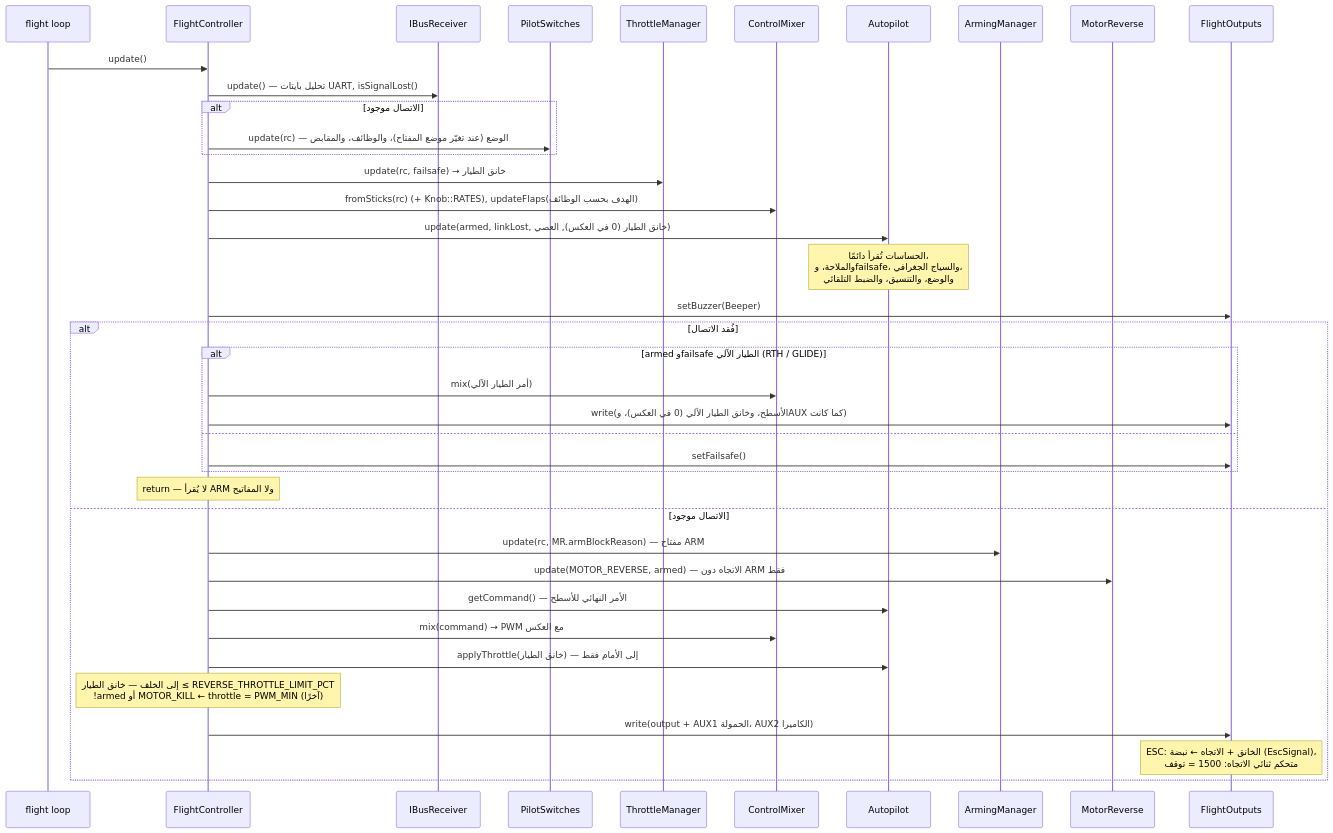
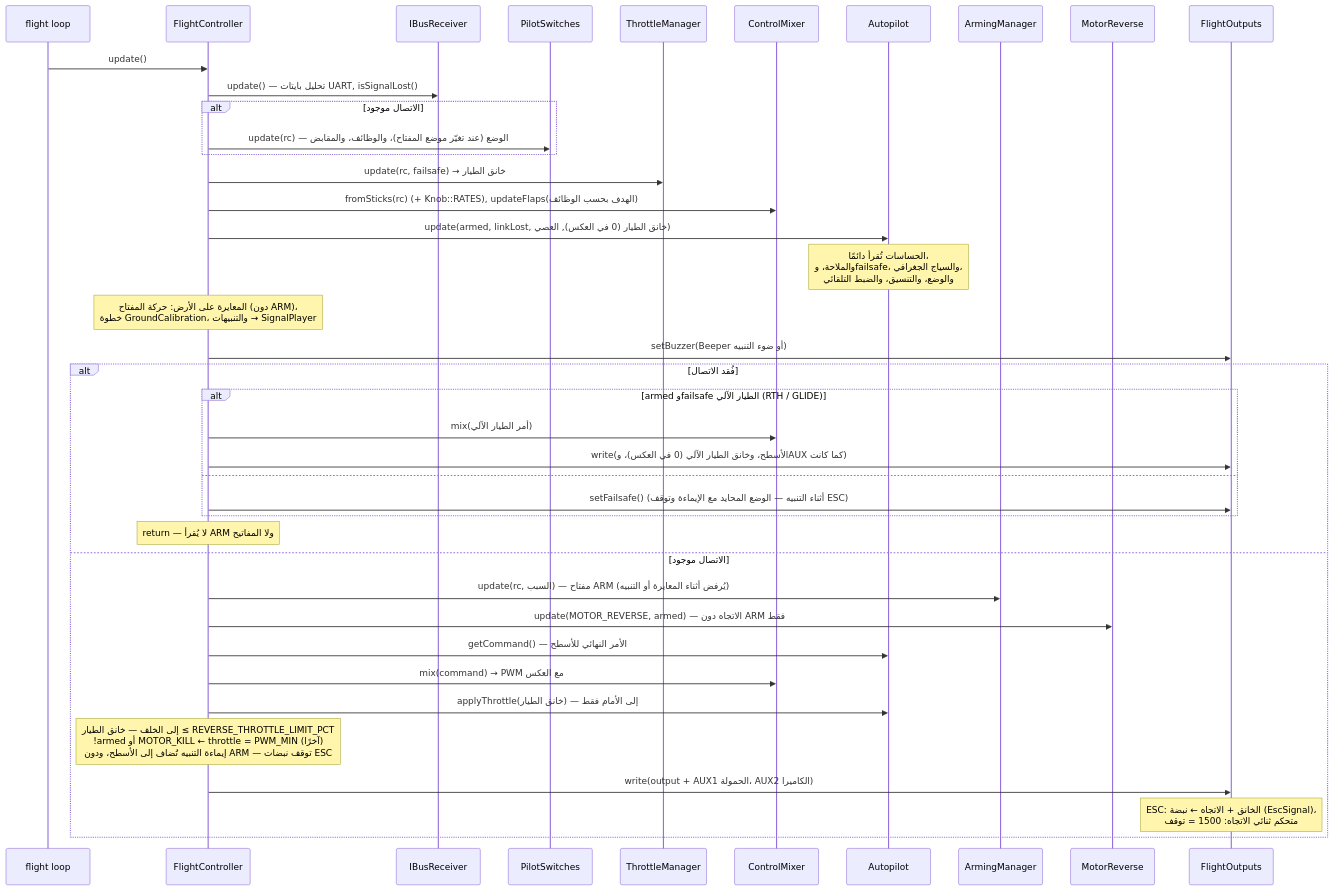
One commit to damir-lebedev/OpenPlaneProject changed the sixth of 12 diagrams in docs/i18n/ar/ARCHITECTURE.md. Above: the diagram before and after it, drawn with Mermaid. The commit also changed other lines of this file and 215 other files, not shown here.

````diff
--- a/docs/i18n/ar/ARCHITECTURE.md
+++ b/docs/i18n/ar/ARCHITECTURE.md
@@ -383,42 +383,43 @@
 ```mermaid
 sequenceDiagram
     participant L as flight loop
     participant FC as FlightController
     participant RX as IBusReceiver
     participant SW as PilotSwitches
     participant TM as ThrottleManager
     participant MX as ControlMixer
     participant AP as Autopilot
     participant AM as ArmingManager
     participant MR as MotorReverse
     participant OUT as FlightOutputs
 
     L->>FC: update()
     FC->>RX: update() — تحليل بايتات UART, isSignalLost()
     alt الاتصال موجود
         FC->>SW: update(rc) — الوضع (عند تغيّر موضع المفتاح)، والوظائف، والمقابض
     end
     FC->>TM: update(rc, failsafe) → خانق الطيار
     FC->>MX: fromSticks(rc) (+ Knob::RATES), updateFlaps(الهدف بحسب الوظائف)
     FC->>AP: update(armed, linkLost, خانق الطيار (0 في العكس), العصي)
     Note over AP: الحساسات تُقرأ دائمًا،<br/>والملاحة، وfailsafe، والسياج الجغرافي،<br/>والوضع، والتنسيق، والضبط التلقائي
-    FC->>OUT: setBuzzer(Beeper)
+    Note over FC: المعايرة على الأرض: حركة المفتاح (دون ARM)،<br/>خطوة GroundCalibration، والتنبيهات → SignalPlayer
+    FC->>OUT: setBuzzer(Beeper أو ضوء التنبيه)
     alt فُقد الاتصال
         alt armed وfailsafe الطيار الآلي (RTH / GLIDE)
             FC->>MX: mix(أمر الطيار الآلي)
             FC->>OUT: write(الأسطح، وخانق الطيار الآلي (0 في العكس)، وAUX كما كانت)
         else
-            FC->>OUT: setFailsafe()
+            FC->>OUT: setFailsafe() (أثناء التنبيه — الوضع المحايد مع الإيماءة وتوقف ESC)
         end
         Note over FC: return — لا يُقرأ ARM ولا المفاتيح
     else الاتصال موجود
-        FC->>AM: update(rc, MR.armBlockReason) — مفتاح ARM
+        FC->>AM: update(rc, السبب) — مفتاح ARM (يُرفض أثناء المعايرة أو التنبيه)
         FC->>MR: update(MOTOR_REVERSE, armed) — الاتجاه دون ARM فقط
         FC->>AP: getCommand() — الأمر النهائي للأسطح
         FC->>MX: mix(command) → PWM مع العكس
         FC->>AP: applyThrottle(خانق الطيار) — إلى الأمام فقط
-        Note over FC: إلى الخلف — خانق الطيار ≤ REVERSE_THROTTLE_LIMIT_PCT<br/>!armed أو MOTOR_KILL ← throttle = PWM_MIN (آخرًا)
+        Note over FC: إلى الخلف — خانق الطيار ≤ REVERSE_THROTTLE_LIMIT_PCT<br/>!armed أو MOTOR_KILL ← throttle = PWM_MIN (آخرًا)<br/>إيماءة التنبيه تُضاف إلى الأسطح، ودون ARM — توقف نبضات ESC
         FC->>OUT: write(output + AUX1 الحمولة، AUX2 الكاميرا)
         Note over OUT: ESC: الخانق + الاتجاه ← نبضة (EscSignal)،<br/>متحكم ثنائي الاتجاه: 1500 = توقف
     end
 ```
````
